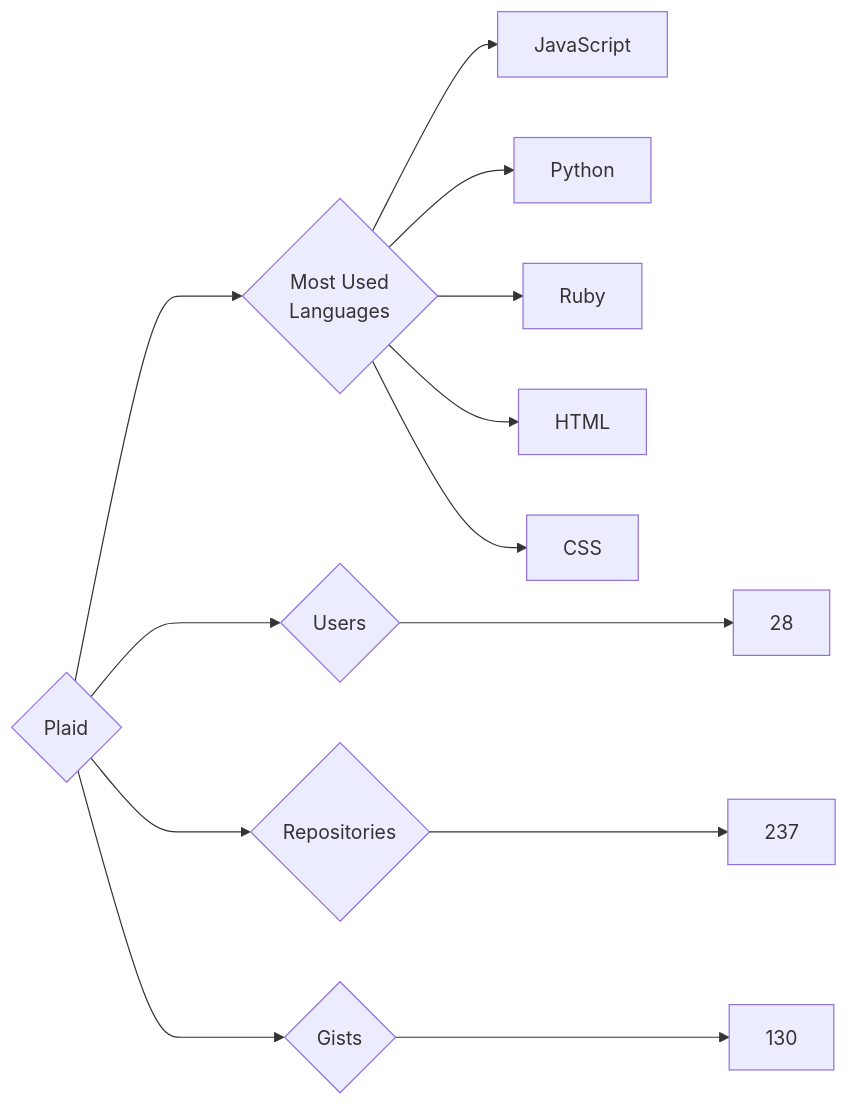
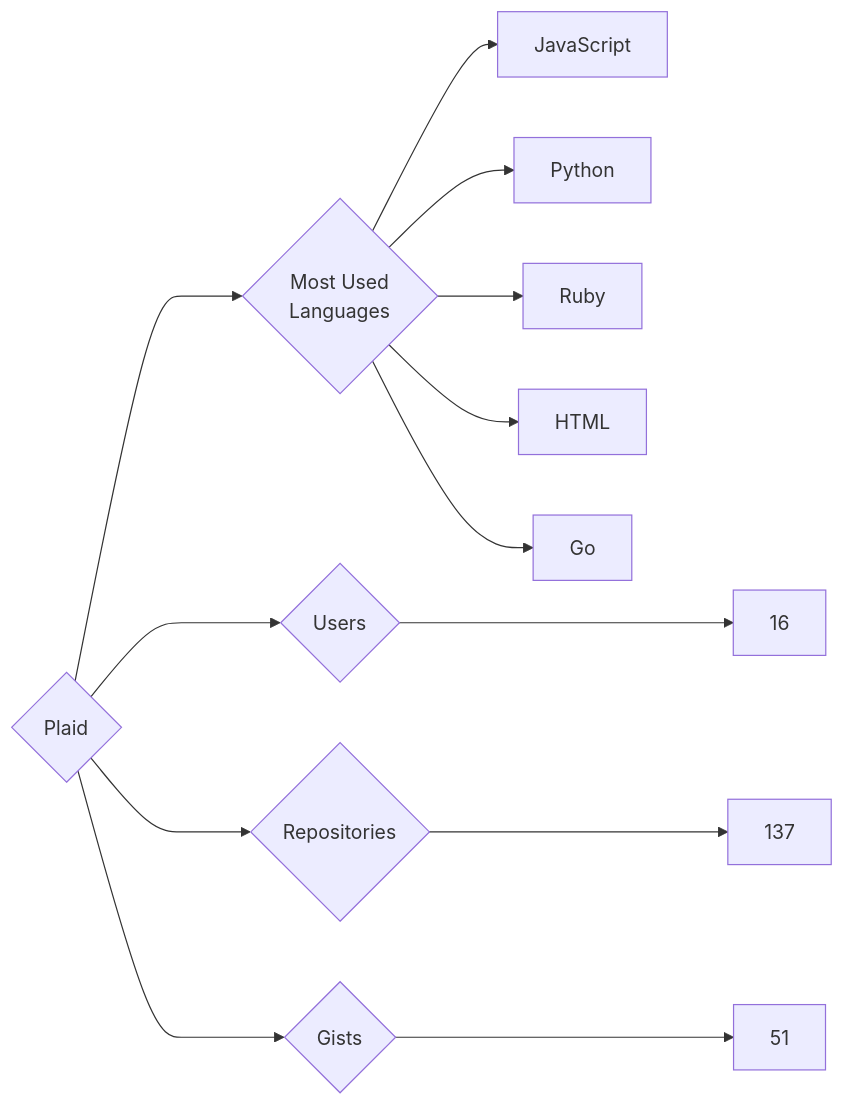
Before and after one commit to trickest/insiders: the diagram in targets/Plaid/README.md, drawn with Mermaid. The commit also changed 928 other files, not shown here.

````diff
--- a/targets/Plaid/README.md
+++ b/targets/Plaid/README.md
@@ -3,13 +3,13 @@
 ```mermaid
 graph LR
 COMPANY_NAME{Plaid}
-COMPANY_NAME ---> U{Users} ---> UN[28]
-COMPANY_NAME ---> R{Repositories} ---> RN[237]
-COMPANY_NAME ---> G{Gists} ---> GN[130]
+COMPANY_NAME ---> U{Users} ---> UN[16]
+COMPANY_NAME ---> R{Repositories} ---> RN[137]
+COMPANY_NAME ---> G{Gists} ---> GN[51]
 COMPANY_NAME ---> ML{Most Used<br>Languages}
 ML --> JavaScript[JavaScript]
 ML --> Python[Python]
 ML --> Ruby[Ruby]
 ML --> HTML[HTML]
-ML --> CSS[CSS]
+ML --> Go[Go]
 ```
````
